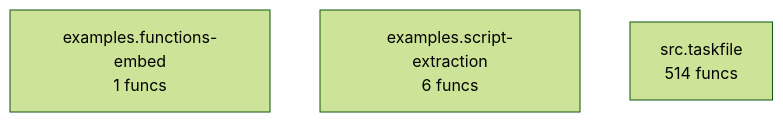
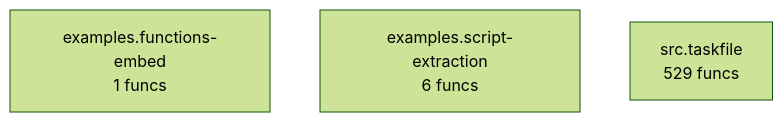
Before and after one commit to pyfunc/taskfile: the diagram in project/compact_flow.mmd, drawn with Mermaid (forest theme). The commit also changed 37 other files, not shown here.

```diff
--- a/project/compact_flow.mmd
+++ b/project/compact_flow.mmd
@@ -1,4 +1,4 @@
 flowchart TD
     examples_functions_embed["examples.functions-embed<br/>1 funcs"]
     examples_script_extraction["examples.script-extraction<br/>6 funcs"]
-    src_taskfile["src.taskfile<br/>514 funcs"]
+    src_taskfile["src.taskfile<br/>529 funcs"]
```
